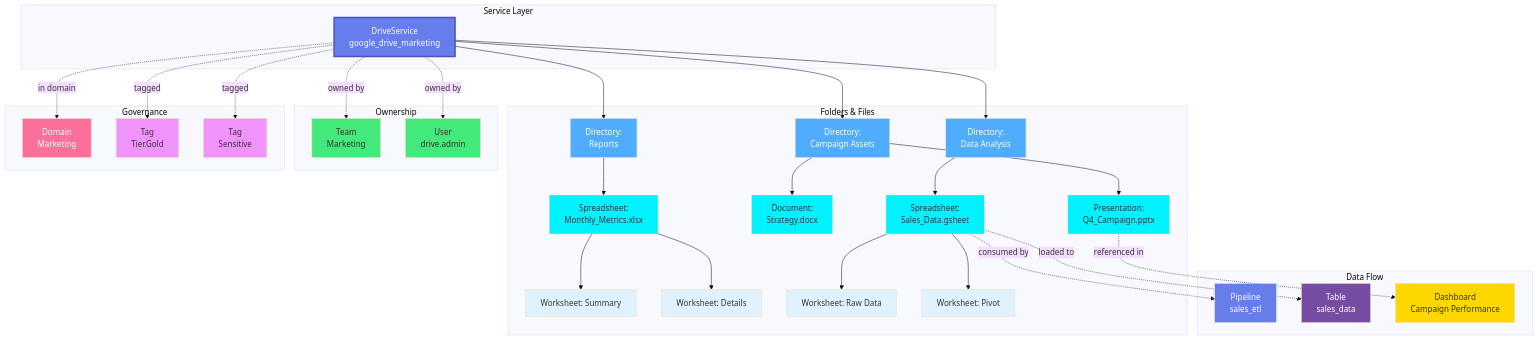
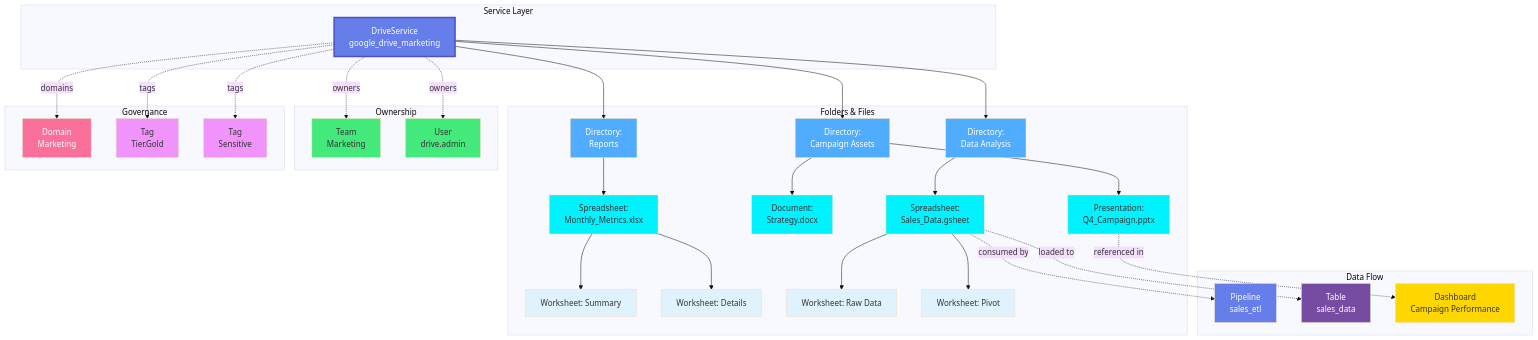
One commit to open-metadata/OpenMetadataStandards changed the second of 2 diagrams in docs/data-assets/storage/drive-service.md. Above: the diagram before and after it, drawn with Mermaid (base theme). The commit also changed other lines of this file and 24 other files, not shown here.

````diff
--- a/docs/data-assets/storage/drive-service.md
+++ b/docs/data-assets/storage/drive-service.md
@@ -60,61 +54,61 @@
 ```mermaid
 graph TD
     subgraph Service Layer
         DS[DriveService<br/>google_drive_marketing]
     end
 
     subgraph Folders & Files
         DS --> DIR1[Directory:<br/>Campaign Assets]
         DS --> DIR2[Directory:<br/>Reports]
         DS --> DIR3[Directory:<br/>Data Analysis]
 
         DIR1 --> FILE1[Presentation:<br/>Q4_Campaign.pptx]
         DIR1 --> FILE2[Document:<br/>Strategy.docx]
 
         DIR2 --> SHEET1[Spreadsheet:<br/>Monthly_Metrics.xlsx]
         SHEET1 --> WS1[Worksheet: Summary]
         SHEET1 --> WS2[Worksheet: Details]
 
         DIR3 --> SHEET2[Spreadsheet:<br/>Sales_Data.gsheet]
         SHEET2 --> WS3[Worksheet: Raw Data]
         SHEET2 --> WS4[Worksheet: Pivot]
     end
 
     subgraph Ownership
-        DS -.->|owned by| TEAM[Team<br/>Marketing]
-        DS -.->|owned by| USER[User<br/>drive.admin]
+        DS -.->|owners| TEAM[Team<br/>Marketing]
+        DS -.->|owners| USER[User<br/>drive.admin]
     end
 
     subgraph Governance
-        DS -.->|in domain| DOM[Domain<br/>Marketing]
-        DS -.->|tagged| TAG1[Tag<br/>Tier.Gold]
-        DS -.->|tagged| TAG2[Tag<br/>Sensitive]
+        DS -.->|domains| DOM[Domain<br/>Marketing]
+        DS -.->|tags| TAG1[Tag<br/>Tier.Gold]
+        DS -.->|tags| TAG2[Tag<br/>Sensitive]
     end
 
     subgraph Data Flow
         SHEET2 -.->|consumed by| PIPE[Pipeline<br/>sales_etl]
         SHEET2 -.->|loaded to| TABLE[Table<br/>sales_data]
         FILE1 -.->|referenced in| DASH[Dashboard<br/>Campaign Performance]
     end
 
     style DS fill:#667eea,color:#fff,stroke:#4c51bf,stroke-width:3px
     style DIR1 fill:#4facfe,color:#fff
     style DIR2 fill:#4facfe,color:#fff
     style DIR3 fill:#4facfe,color:#fff
     style FILE1 fill:#00f2fe,color:#333
     style FILE2 fill:#00f2fe,color:#333
     style SHEET1 fill:#00f2fe,color:#333
     style SHEET2 fill:#00f2fe,color:#333
     style WS1 fill:#e0f2fe,color:#333
     style WS2 fill:#e0f2fe,color:#333
     style WS3 fill:#e0f2fe,color:#333
     style WS4 fill:#e0f2fe,color:#333
     style TEAM fill:#43e97b,color:#333
     style USER fill:#43e97b,color:#333
     style DOM fill:#fa709a,color:#fff
     style TAG1 fill:#f093fb,color:#333
     style TAG2 fill:#f093fb,color:#333
     style PIPE fill:#667eea,color:#fff
     style TABLE fill:#764ba2,color:#fff
     style DASH fill:#ffd700,color:#333
 ```
````
